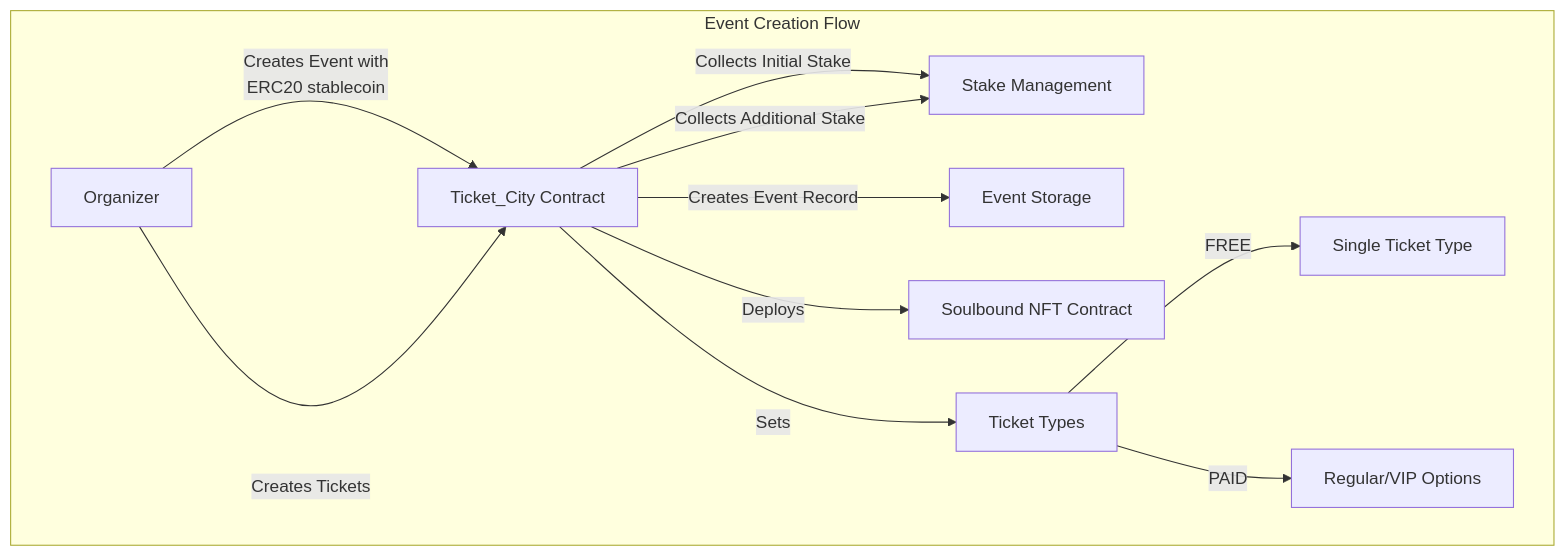
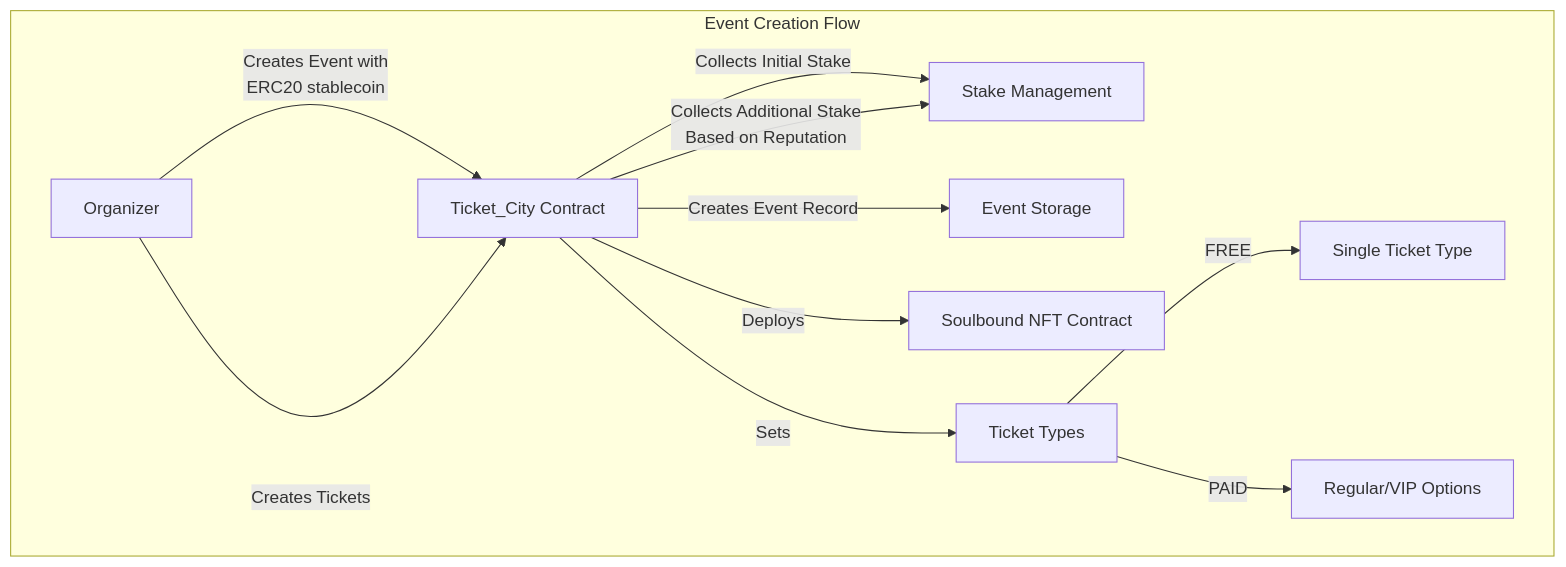
Before and after one commit to DevBigEazi/TicketCity: the first of 6 diagrams in README.md, drawn with Mermaid. The commit also changed other lines of this file and 4 other files, not shown here.

````diff
--- a/README.md
+++ b/README.md
@@ -256,14 +275,14 @@
- ```mermaid
+```mermaid
 graph TD
-    subgraph "Event Creation Flow"
-    A[Organizer] -->|Creates Event with<br>ERC20 stablecoin| B[Ticket_City Contract]
-    B -->|Collects Initial Stake| C[Stake Management]
-    B -->|Creates Event Record| D[Event Storage]
-    A -->|Creates Tickets| B
-    B -->|Deploys| E[Soulbound NFT Contract]
-    B -->|Sets| F[Ticket Types]
-    F -->|FREE| G[Single Ticket Type]
-    F -->|PAID| H[Regular/VIP Options]
-    B -->|Collects Additional Stake| C
+   subgraph "Event Creation Flow"
+   A[Organizer] -->|Creates Event with<br>ERC20 stablecoin| B[Ticket_City Contract]
+   B -->|Collects Initial Stake| C[Stake Management]
+   B -->|Creates Event Record| D[Event Storage]
+   A -->|Creates Tickets| B
+   B -->|Deploys| E[Soulbound NFT Contract]
+   B -->|Sets| F[Ticket Types]
+   F -->|FREE| G[Single Ticket Type]
+   F -->|PAID| H[Regular/VIP Options]
+   B -->|Collects Additional Stake<br>Based on Reputation| C
 end
 ```
````
